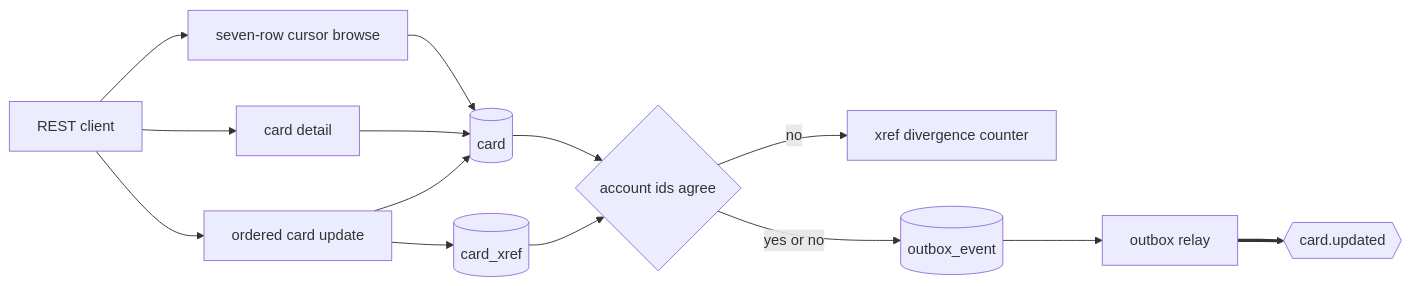
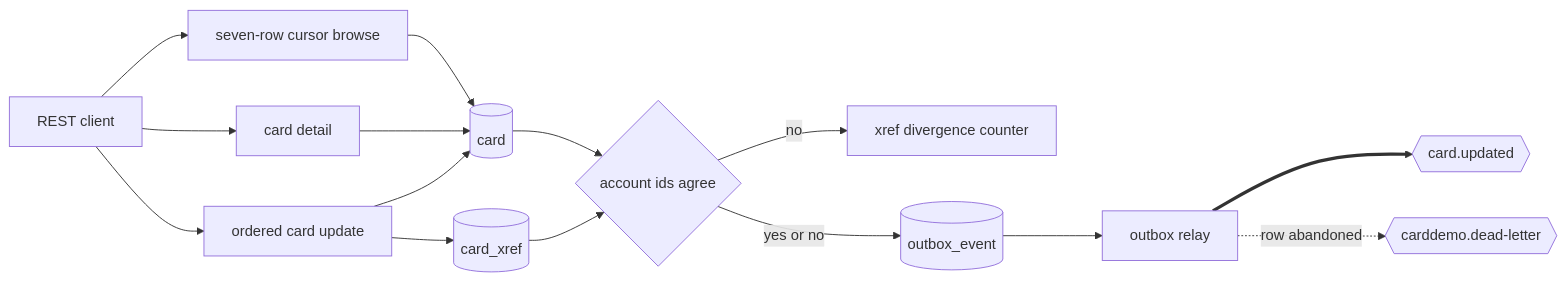
The diagram in card-platform/services/card-service/README.md (blitzy-public-samples/aws-carddemo-blitzy), drawn with Mermaid before and after one commit. The commit also changed other lines of this file and 163 other files, not shown here.

````diff
--- a/card-platform/services/card-service/README.md
+++ b/card-platform/services/card-service/README.md
@@ -103,28 +122,30 @@
 ```mermaid
 graph LR
     CLIENT["REST client"]
     LIST["seven-row cursor browse"]
     DETAIL["card detail"]
     UPDATE["ordered card update"]
     CARD[("card")]
     XREF[("card_xref")]
     CHECK{"account ids agree"}
     METER["xref divergence counter"]
     OUT[("outbox_event")]
     RELAY["outbox relay"]
     TOPIC{{"card.updated"}}
+    DEAD{{"carddemo.dead-letter"}}
 
     CLIENT --> LIST
     CLIENT --> DETAIL
     CLIENT --> UPDATE
     LIST --> CARD
     DETAIL --> CARD
     UPDATE --> CARD
     UPDATE --> XREF
     XREF --> CHECK
     CARD --> CHECK
     CHECK -->|no| METER
     CHECK -->|yes or no| OUT
     OUT --> RELAY
     RELAY ==> TOPIC
+    RELAY -.->|row abandoned| DEAD
 ```
````
